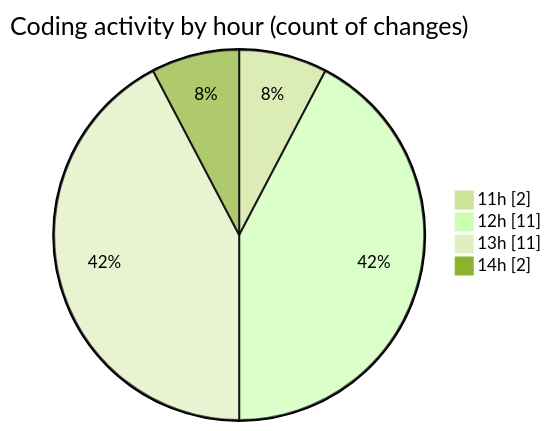
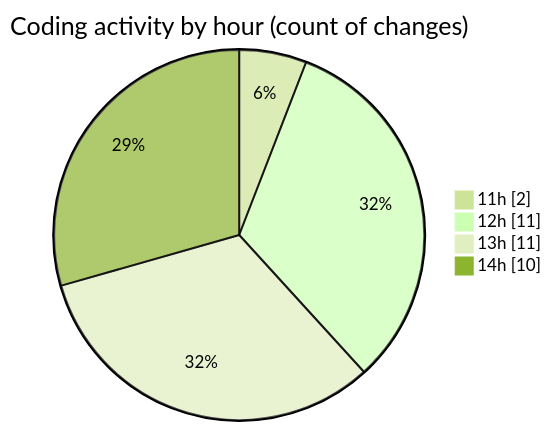
Before and after one commit to momahboobian/code-tracking: the second of 2 diagrams in 2025-04-04/cda/README.md, drawn with Mermaid (forest theme). The commit also changed other lines of this file and 1 other file, not shown here.

````diff
--- a/2025-04-04/cda/README.md
+++ b/2025-04-04/cda/README.md
@@ -39,8 +39,8 @@
 ```mermaid
 pie showData
 title Coding activity by hour (count of changes)
 "11h" : 2
 "12h" : 11
 "13h" : 11
-"14h" : 2
+"14h" : 10
 ```
````
